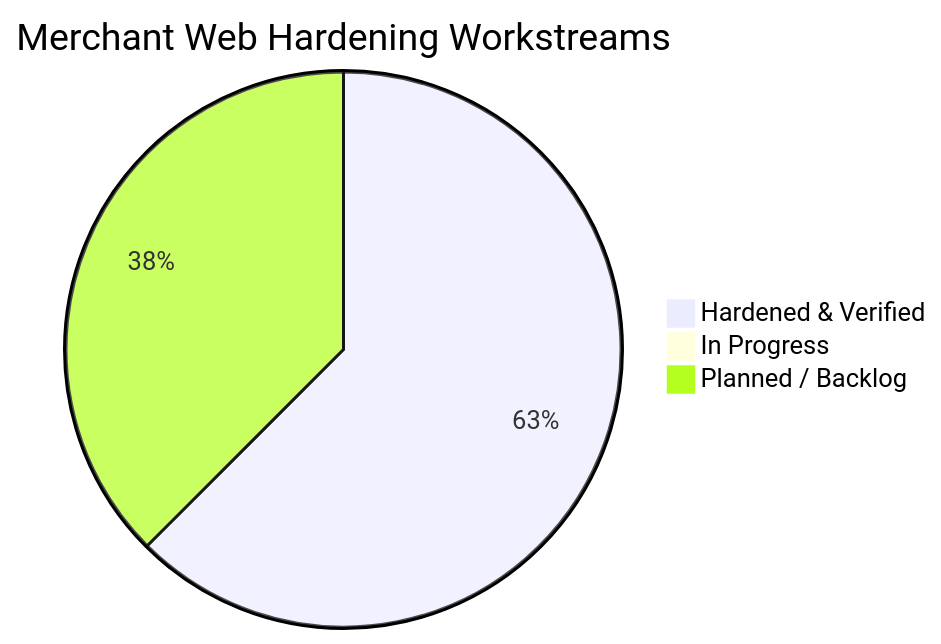
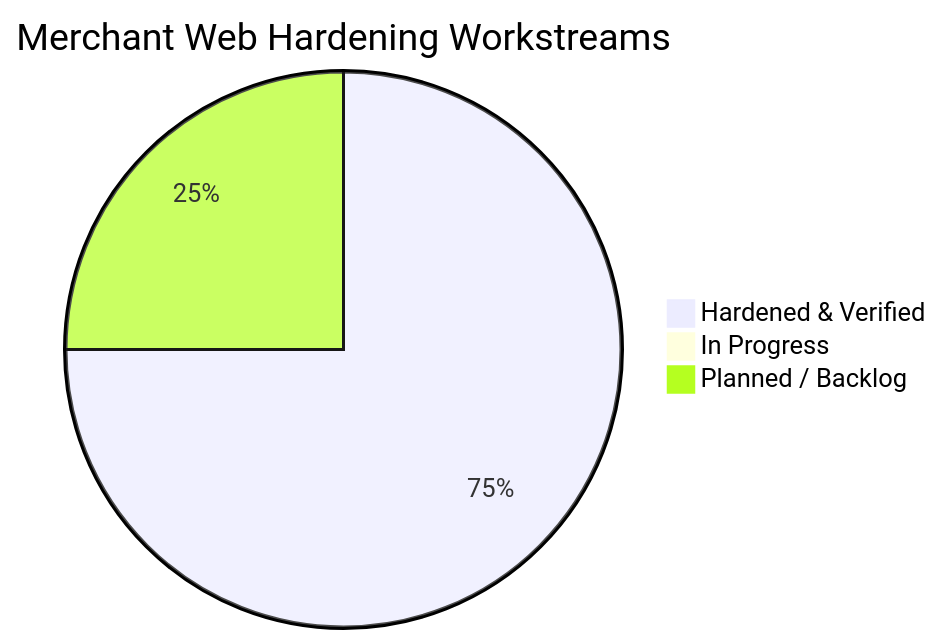
Before and after one commit to UtkarshShrivastava1/qucom-platform-root: the first of 2 diagrams in merchant_web_hardening_tracker.md, drawn with Mermaid. The commit also changed other lines of this file and 5 other files, not shown here.

````diff
--- a/merchant_web_hardening_tracker.md
+++ b/merchant_web_hardening_tracker.md
@@ -16,6 +16,6 @@
 ```mermaid
 pie title Merchant Web Hardening Workstreams
-    "Hardened & Verified" : 5
+    "Hardened & Verified" : 6
     "In Progress" : 0
-    "Planned / Backlog" : 3
+    "Planned / Backlog" : 2
 ```
````
